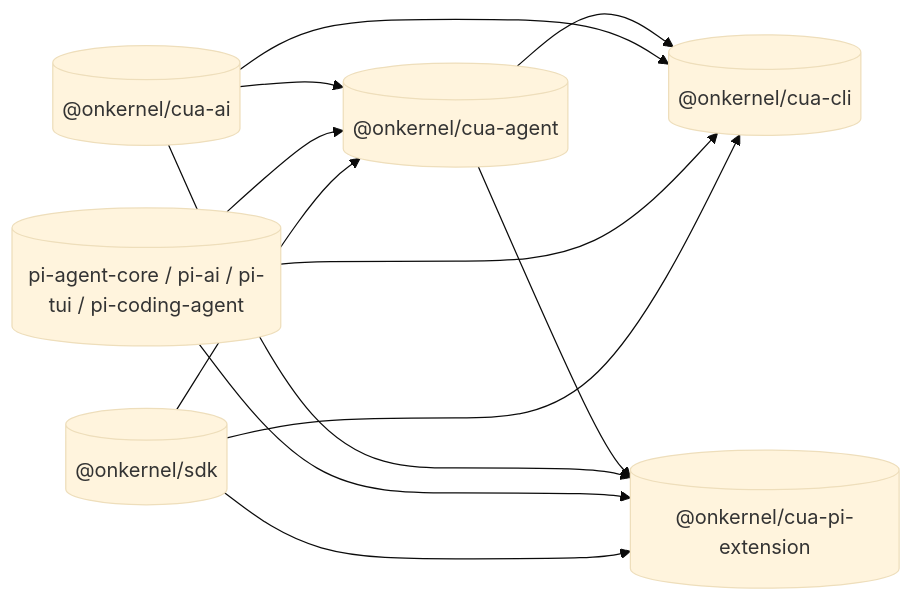
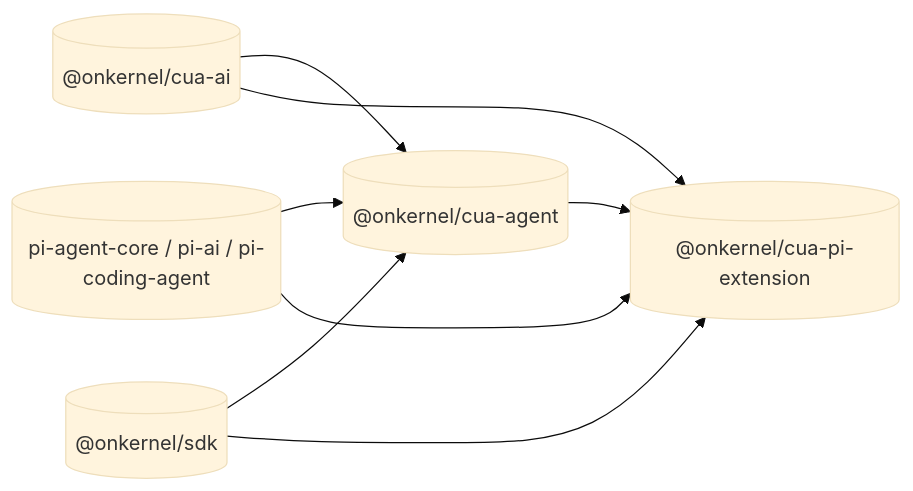
Before and after one commit to kernel/browser-loop: the diagram in README.md, drawn with Mermaid (base theme). The commit also changed other lines of this file and 89 other files, not shown here.

````diff
--- a/README.md
+++ b/README.md
@@ -56,20 +68,15 @@
 ```mermaid
 flowchart LR
   ai[("@onkernel/cua-ai")]
   agent[("@onkernel/cua-agent")]
-  cli[("@onkernel/cua-cli")]
   ext[("@onkernel/cua-pi-extension")]
-  pi[("pi-agent-core / pi-ai / pi-tui / pi-coding-agent")]
+  pi[("pi-agent-core / pi-ai / pi-coding-agent")]
   sdk[("@onkernel/sdk")]
   ai --> agent
-  agent --> cli
-  ai --> cli
   agent --> ext
   ai --> ext
   pi --> agent
-  pi --> cli
   pi --> ext
   sdk --> agent
-  sdk --> cli
   sdk --> ext
 ```
````
